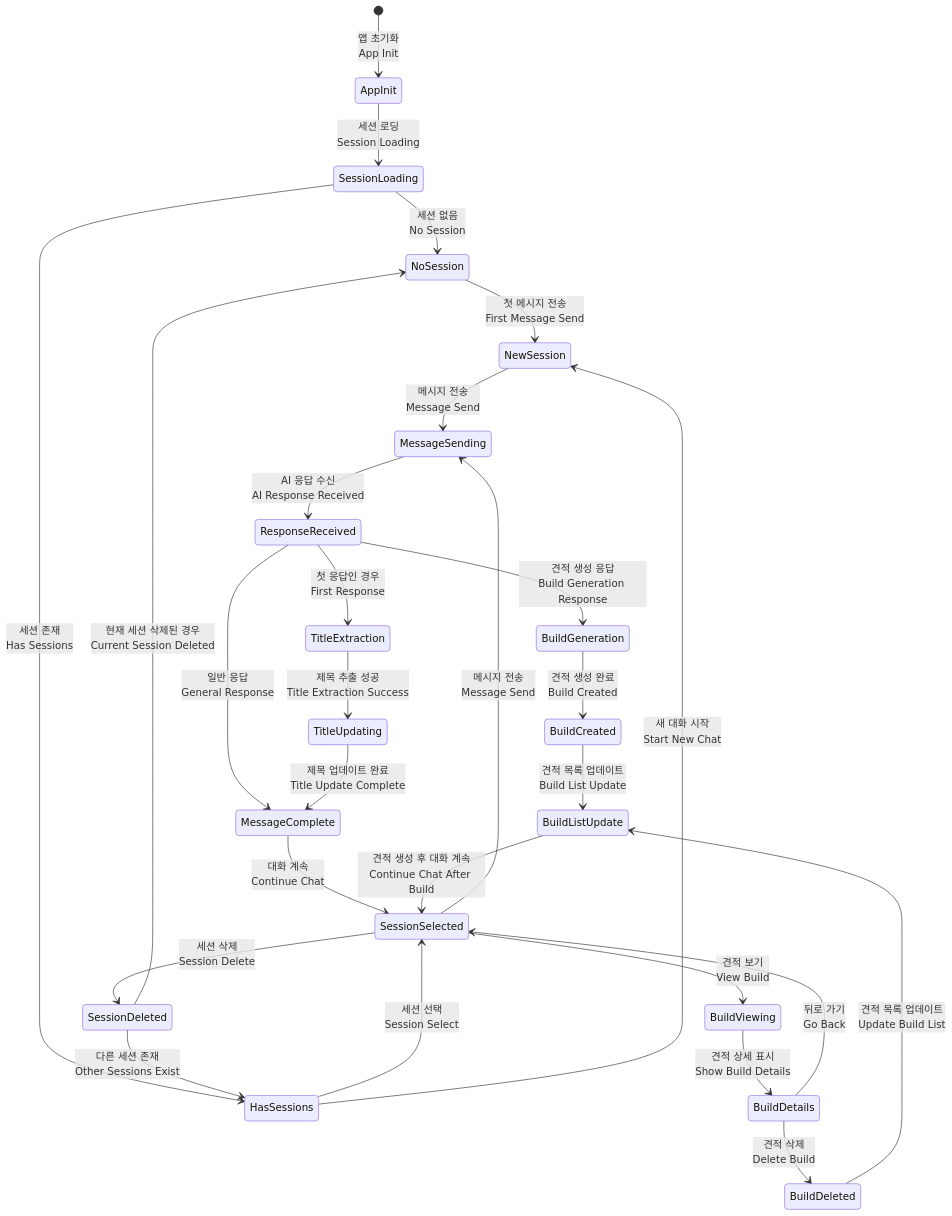
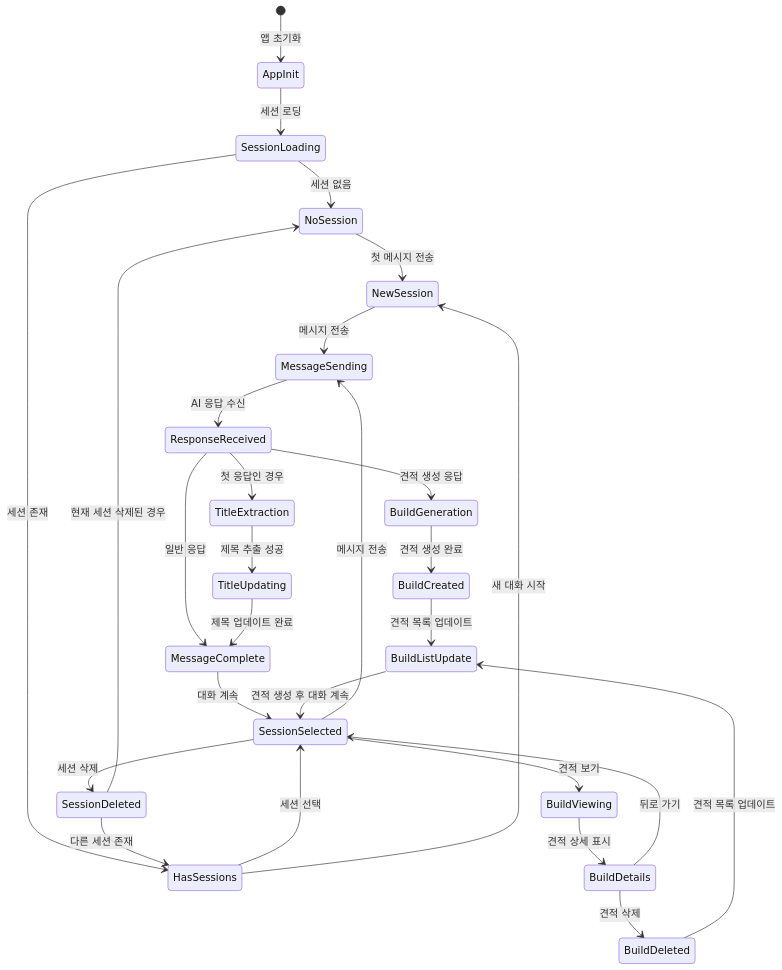
Before and after one commit to p0pular131/askspec-chat-assistant: diagram 17 of 23 in docs/design-specification.md, drawn with Mermaid.

Commit message:
ㄴㅇㄹㄴㄷㄹㄴㅇㅁㄼ

````diff
--- a/docs/design-specification.md
+++ b/docs/design-specification.md
@@ -1172,39 +1172,39 @@
 ```mermaid
 stateDiagram-v2
-    [*] --> AppInit: 앱 초기화<br/>App Init
-    AppInit --> SessionLoading: 세션 로딩<br/>Session Loading
-    SessionLoading --> NoSession: 세션 없음<br/>No Session
-    SessionLoading --> HasSessions: 세션 존재<br/>Has Sessions
+    [*] --> AppInit: 앱 초기화
+    AppInit --> SessionLoading: 세션 로딩
+    SessionLoading --> NoSession: 세션 없음
+    SessionLoading --> HasSessions: 세션 존재
     
-    NoSession --> NewSession : 첫 메시지 전송<br/>First Message Send
-    HasSessions --> SessionSelected : 세션 선택<br/>Session Select
-    HasSessions --> NewSession : 새 대화 시작<br/>Start New Chat
+    NoSession --> NewSession : 첫 메시지 전송
+    HasSessions --> SessionSelected : 세션 선택
+    HasSessions --> NewSession : 새 대화 시작
     
-    NewSession --> MessageSending : 메시지 전송<br/>Message Send
-    SessionSelected --> MessageSending : 메시지 전송<br/>Message Send
+    NewSession --> MessageSending : 메시지 전송
+    SessionSelected --> MessageSending : 메시지 전송
     
-    MessageSending --> ResponseReceived : AI 응답 수신<br/>AI Response Received
-    ResponseReceived --> BuildGeneration : 견적 생성 응답<br/>Build Generation Response
-    ResponseReceived --> TitleExtraction : 첫 응답인 경우<br/>First Response
-    ResponseReceived --> MessageComplete : 일반 응답<br/>General Response
+    MessageSending --> ResponseReceived : AI 응답 수신
+    ResponseReceived --> BuildGeneration : 견적 생성 응답
+    ResponseReceived --> TitleExtraction : 첫 응답인 경우
+    ResponseReceived --> MessageComplete : 일반 응답
     
-    BuildGeneration --> BuildCreated : 견적 생성 완료<br/>Build Created
-    BuildCreated --> BuildListUpdate : 견적 목록 업데이트<br/>Build List Update
+    BuildGeneration --> BuildCreated : 견적 생성 완료
+    BuildCreated --> BuildListUpdate : 견적 목록 업데이트
     
-    TitleExtraction --> TitleUpdating : 제목 추출 성공<br/>Title Extraction Success
-    TitleUpdating --> MessageComplete : 제목 업데이트 완료<br/>Title Update Complete
+    TitleExtraction --> TitleUpdating : 제목 추출 성공
+    TitleUpdating --> MessageComplete : 제목 업데이트 완료
     
-    MessageComplete --> SessionSelected : 대화 계속<br/>Continue Chat
-    BuildListUpdate --> SessionSelected : 견적 생성 후 대화 계속<br/>Continue Chat After Build
+    MessageComplete --> SessionSelected : 대화 계속
+    BuildListUpdate --> SessionSelected : 견적 생성 후 대화 계속
     
-    SessionSelected --> SessionDeleted : 세션 삭제<br/>Session Delete
-    SessionSelected --> BuildViewing : 견적 보기<br/>View Build
+    SessionSelected --> SessionDeleted : 세션 삭제
+    SessionSelected --> BuildViewing : 견적 보기
     
-    BuildViewing --> BuildDetails : 견적 상세 표시<br/>Show Build Details
-    BuildDetails --> BuildDeleted : 견적 삭제<br/>Delete Build
-    BuildDetails --> SessionSelected : 뒤로 가기<br/>Go Back
+    BuildViewing --> BuildDetails : 견적 상세 표시
+    BuildDetails --> BuildDeleted : 견적 삭제
+    BuildDetails --> SessionSelected : 뒤로 가기
     
-    BuildDeleted --> BuildListUpdate : 견적 목록 업데이트<br/>Update Build List
-    SessionDeleted --> NoSession : 현재 세션 삭제된 경우<br/>Current Session Deleted
-    SessionDeleted --> HasSessions : 다른 세션 존재<br/>Other Sessions Exist
+    BuildDeleted --> BuildListUpdate : 견적 목록 업데이트
+    SessionDeleted --> NoSession : 현재 세션 삭제된 경우
+    SessionDeleted --> HasSessions : 다른 세션 존재
 ```
````
